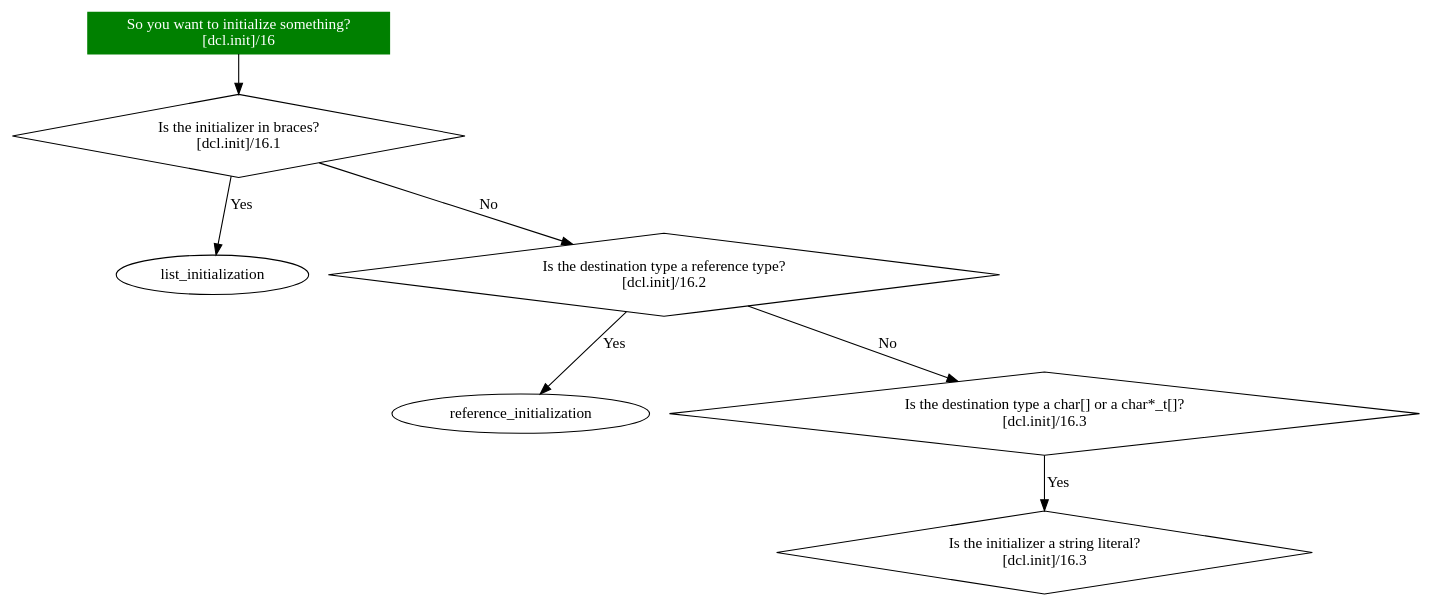
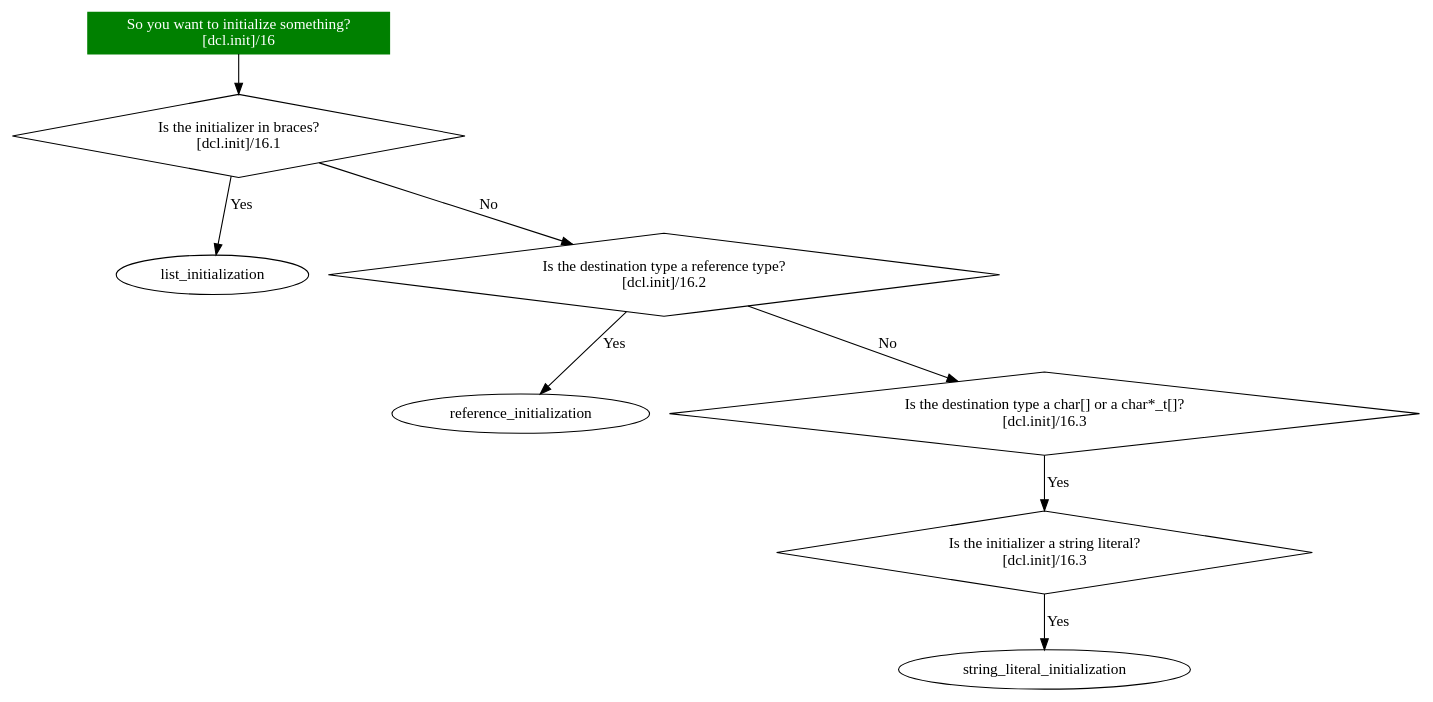
The diagram in flowchart.dot (randomnetcat/cpp_initialization), drawn with Graphviz before and after one commit.

Commit message:
Add string_literal_initialization edge

```diff
--- a/flowchart.dot
+++ b/flowchart.dot
@@ -1,17 +1,18 @@
 digraph initialization {
     start [label="So you want to initialize something?\n[dcl.init]/16", style=filled, fillcolor=green, shape=box, color=green, fontcolor=white]
         start -> is_braced
 
     is_braced [label="Is the initializer in braces?\n[dcl.init]/16.1", shape=diamond]
         is_braced -> list_initialization [label="Yes"]
         is_braced -> is_dest_reference [label="No"]
     
     is_dest_reference [label="Is the destination type a reference type?\n[dcl.init]/16.2", shape=diamond]
         is_dest_reference -> reference_initialization [label="Yes"]
         is_dest_reference -> is_char_arr_init [label="No"]
     
     is_char_arr_init [label="Is the destination type a char[] or a char*_t[]?\n[dcl.init]/16.3", shape=diamond]
         is_char_arr_init -> is_char_arr_literal_init [label="Yes"]
     
     is_char_arr_literal_init [label="Is the initializer a string literal?\n[dcl.init]/16.3", shape=diamond]
+        is_char_arr_literal_init -> string_literal_initialization [label="Yes"]
 }
```
